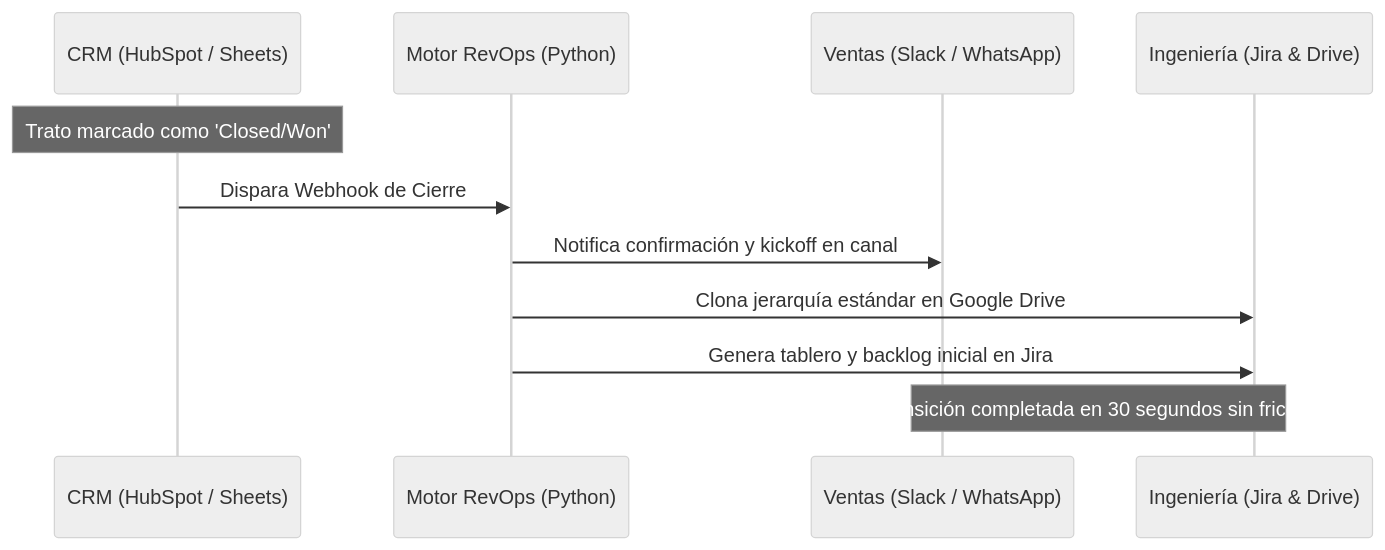
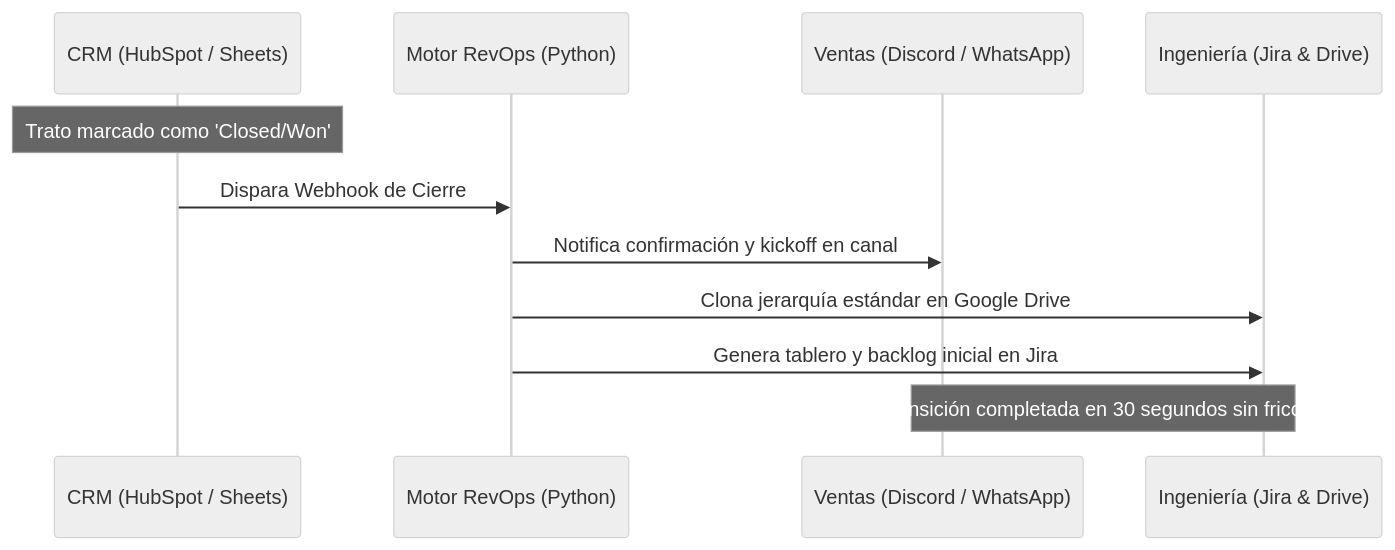
The sixth of 8 diagrams in 02_Estrategia_B2B/ESTRATEGIA_MAESTRA_BLUEPIXEL_2026.md (jahflavio/bluepixel), drawn with Mermaid (neutral theme) before and after one commit. The commit also changed other lines of this file, not shown here.

Commit message:
docs: actualizar canal de comunicacion interna de Slack a Discord en estrategia maestra

````diff
--- a/02_Estrategia_B2B/ESTRATEGIA_MAESTRA_BLUEPIXEL_2026.md
+++ b/02_Estrategia_B2B/ESTRATEGIA_MAESTRA_BLUEPIXEL_2026.md
@@ -426,14 +426,14 @@
 ```mermaid
 sequenceDiagram
     participant CRM as CRM (HubSpot / Sheets)
     participant Engine as Motor RevOps (Python)
-    participant Sales as Ventas (Slack / WhatsApp)
+    participant Sales as Ventas (Discord / WhatsApp)
     participant Dev as Ingeniería (Jira & Drive)
     
     Note over CRM: Trato marcado como 'Closed/Won'
     CRM->>Engine: Dispara Webhook de Cierre
     Engine->>Sales: Notifica confirmación y kickoff en canal #ventas
     Engine->>Dev: Clona jerarquía estándar en Google Drive
     Engine->>Dev: Genera tablero y backlog inicial en Jira
     Note over Sales,Dev: Transición completada en 30 segundos sin fricción
 ```
````
